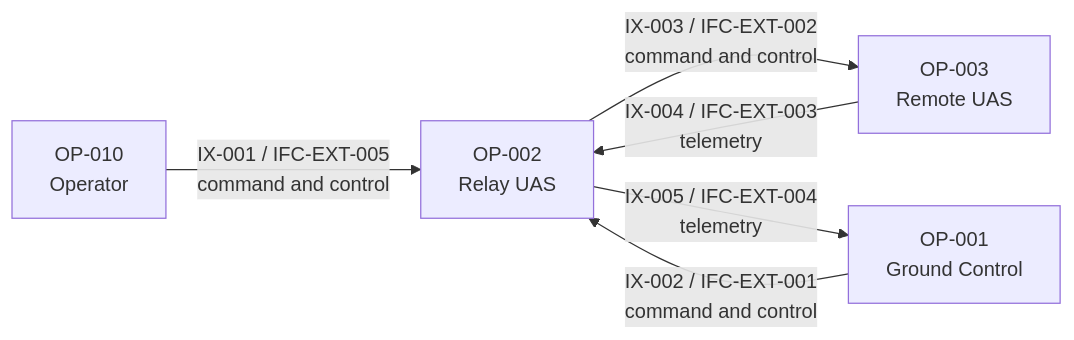
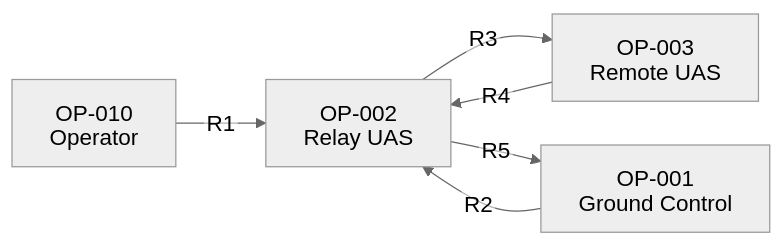
One commit to noahstephenson/low-cost-relay-uas changed the third of 15 diagrams in docs/reference/architecture-atlas.md. Above: the diagram before and after it, drawn with Mermaid. The commit also changed other lines of this file and 22 other files, not shown here.

Commit message:
Teach the relay UAS architecture through a guided reading path and readable views

````diff
--- a/docs/reference/architecture-atlas.md
+++ b/docs/reference/architecture-atlas.md
@@ -91,13 +134,14 @@
 ```mermaid
+%%{init: {"theme": "neutral", "htmlLabels": false, "themeVariables": {"fontSize": "18px"}, "flowchart": {"htmlLabels": false, "nodeSpacing": 35, "rankSpacing": 45}}}%%
 flowchart LR
     %% Configuration scope: CFG-REP / CFG-DOM
     OP_010["OP-010<br/>Operator"]
     OP_001["OP-001<br/>Ground Control"]
     OP_002["OP-002<br/>Relay UAS"]
     OP_003["OP-003<br/>Remote UAS"]
-    OP_010 -->|"IX-001 / IFC-EXT-005<br/>command and control"| OP_002
-    OP_001 -->|"IX-002 / IFC-EXT-001<br/>command and control"| OP_002
-    OP_002 -->|"IX-003 / IFC-EXT-002<br/>command and control"| OP_003
-    OP_003 -->|"IX-004 / IFC-EXT-003<br/>telemetry"| OP_002
-    OP_002 -->|"IX-005 / IFC-EXT-004<br/>telemetry"| OP_001
+    OP_010 -->|"R1"| OP_002
+    OP_001 -->|"R2"| OP_002
+    OP_002 -->|"R3"| OP_003
+    OP_003 -->|"R4"| OP_002
+    OP_002 -->|"R5"| OP_001
 ```
````
